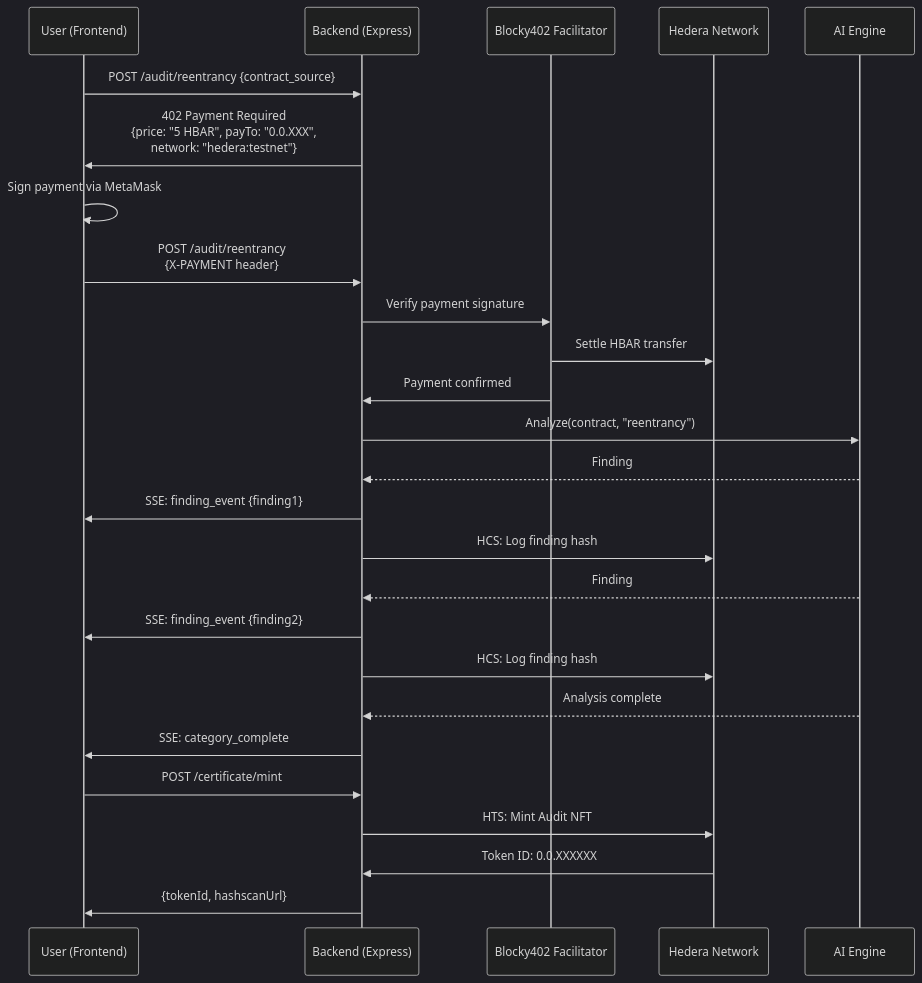
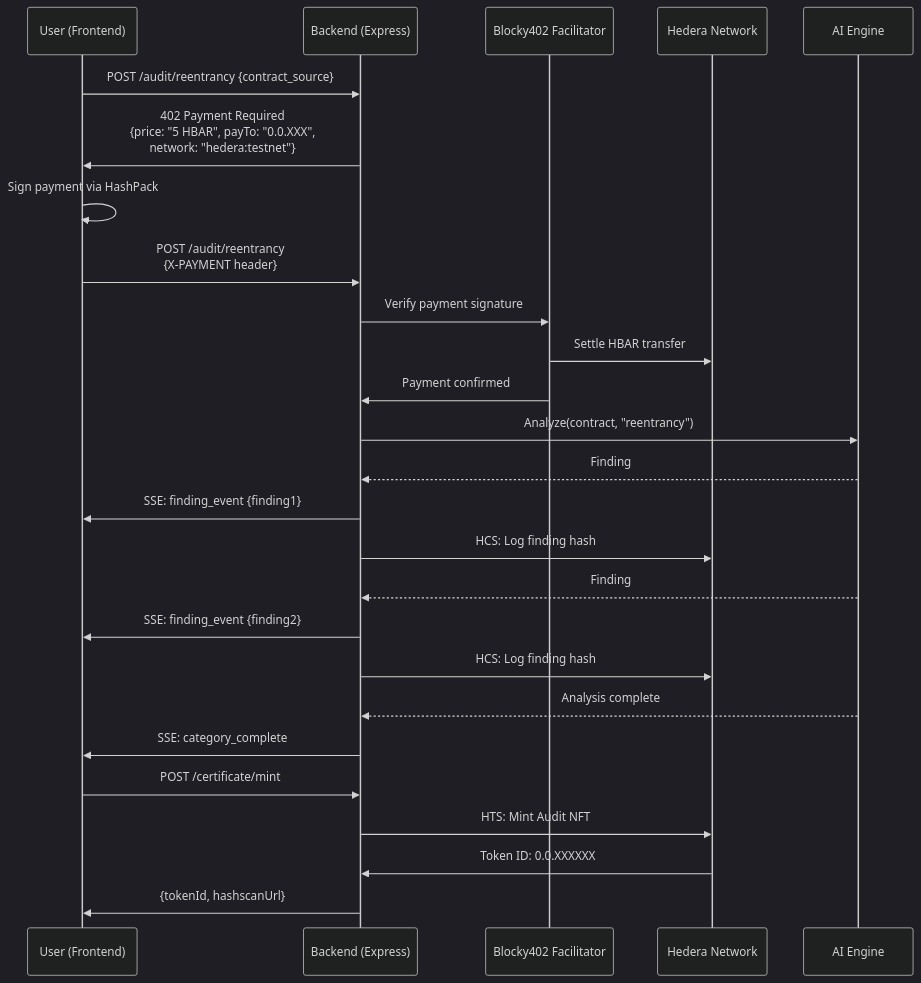
Before and after one commit to U-GOD/AegisHBAR: the second of 2 diagrams in README.md, drawn with Mermaid (dark theme). The commit also changed other lines of this file, not shown here.

````diff
--- a/README.md
+++ b/README.md
@@ -162,29 +162,29 @@
 ```mermaid
 sequenceDiagram
     participant U as User (Frontend)
     participant B as Backend (Express)
     participant X as Blocky402 Facilitator
     participant H as Hedera Network
     participant AI as AI Engine
 
     U->>B: POST /audit/reentrancy {contract_source}
     B->>U: 402 Payment Required<br/>{price: "5 HBAR", payTo: "0.0.XXX",<br/>network: "hedera:testnet"}
-    U->>U: Sign payment via MetaMask
+    U->>U: Sign payment via HashPack
     U->>B: POST /audit/reentrancy<br/>{X-PAYMENT header}
     B->>X: Verify payment signature
     X->>H: Settle HBAR transfer
     X->>B: Payment confirmed
     B->>AI: Analyze(contract, "reentrancy")
     AI-->>B: Finding #1 (Critical)
     B->>U: SSE: finding_event {finding1}
     B->>H: HCS: Log finding hash
     AI-->>B: Finding #2 (Medium)
     B->>U: SSE: finding_event {finding2}
     B->>H: HCS: Log finding hash
     AI-->>B: Analysis complete
     B->>U: SSE: category_complete
     U->>B: POST /certificate/mint
     B->>H: HTS: Mint Audit NFT
     H->>B: Token ID: 0.0.XXXXXX
     B->>U: {tokenId, hashscanUrl}
 ```
````
